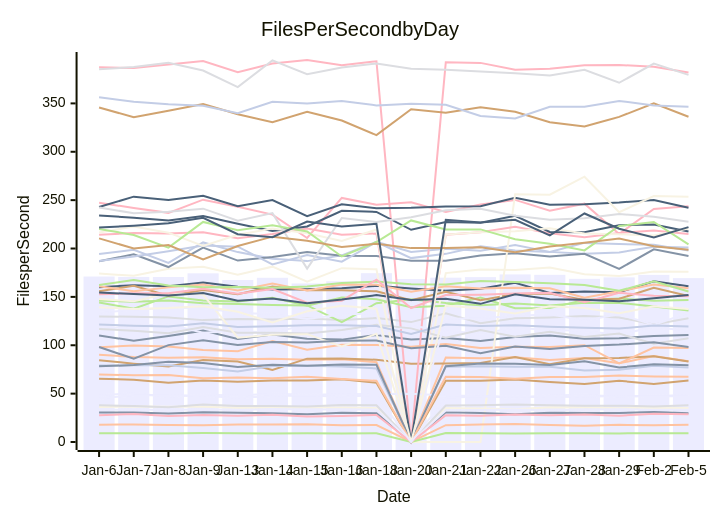
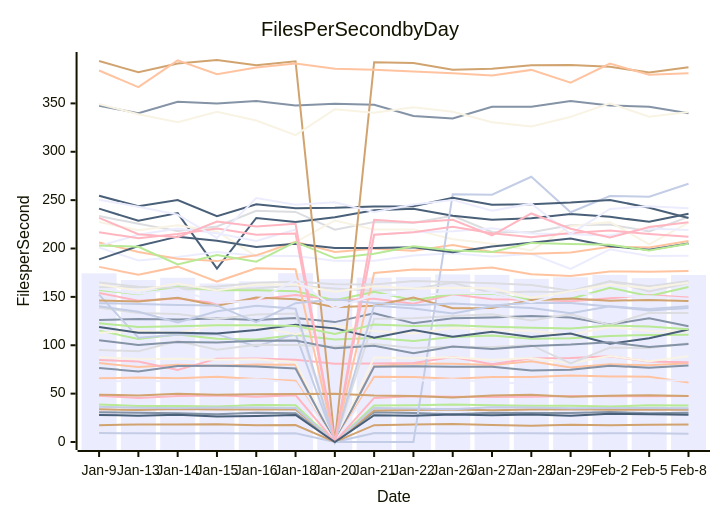
One commit to streetsidesoftware/cspell changed the diagram in perf-report.md. Above: the diagram before and after it, drawn with Mermaid. The commit also changed other lines of this file and 1 other file, not shown here.

````diff
--- a/perf-report.md
+++ b/perf-report.md
@@ -10,57 +10,57 @@
 ```mermaid
 xychart-beta
     title Files Per Second by Day
     y-axis Files per Second
-    x-axis Date [Jan-6, Jan-7, Jan-8, Jan-9, Jan-13, Jan-14, Jan-15, Jan-16, Jan-18, Jan-20, Jan-21, Jan-22, Jan-26, Jan-27, Jan-28, Jan-29, Feb-2, Feb-5]
-    bar [171.06, 170.63, 170.60, 174.36, 167.48, 169.75, 163.88, 166.13, 174.50, 168.43, 169.86, 170.44, 173.21, 172.82, 168.69, 170.17, 172.76, 169.39]
-    line [110.16, 104.65, 109.58, 115.11, 106.48, 111.07, 106.70, 105.83, 110.59, 105.90, 107.50, 104.30, 108.52, 110.13, 106.78, 107.20, 109.65, 110.63]
-    line [90.27, 87.90, 87.06, 87.60, 85.54, 86.15, 85.12, 85.43, 82.51, 0.00, 87.43, 86.48, 87.49, 84.71, 86.94, 81.29, 88.85, 83.51]
-    line [129.63, 129.57, 128.75, 125.98, 127.26, 126.67, 127.57, 126.01, 128.09, 123.93, 133.11, 122.76, 127.88, 128.69, 130.23, 128.77, 121.54, 127.82]
-    line [146.19, 145.02, 146.18, 143.49, 142.76, 141.64, 141.15, 123.99, 143.49, 147.59, 143.59, 141.42, 143.21, 141.20, 143.98, 143.78, 140.14, 135.87]
-    line [84.54, 80.98, 78.06, 84.72, 83.13, 74.36, 86.16, 86.38, 84.98, 80.87, 81.08, 81.74, 87.91, 80.34, 86.50, 86.84, 88.66, 83.22]
-    line [194.45, 198.60, 185.12, 206.27, 196.30, 189.40, 186.97, 192.92, 206.92, 196.43, 199.84, 197.78, 203.69, 196.52, 194.52, 195.98, 201.87, 201.12]
-    line [387.31, 386.47, 390.16, 393.74, 382.18, 391.17, 394.86, 389.55, 393.53, 0.00, 392.61, 391.87, 384.72, 385.87, 389.43, 389.76, 387.86, 381.95]
-    line [160.02, 162.06, 161.10, 164.91, 160.36, 157.59, 157.97, 159.04, 161.40, 158.69, 156.26, 158.43, 164.60, 154.09, 155.59, 154.71, 166.16, 160.94]
-    line [174.22, 171.75, 179.11, 181.04, 172.87, 181.24, 165.83, 179.67, 178.49, 0.00, 174.64, 178.29, 177.69, 180.46, 173.36, 171.47, 176.27, 176.08]
-    line [116.53, 120.08, 121.77, 112.94, 114.87, 112.73, 121.37, 119.21, 111.41, 120.28, 114.69, 112.28, 117.78, 116.14, 114.78, 110.96, 118.96, 114.84]
-    line [186.85, 193.93, 180.85, 201.04, 187.54, 191.28, 196.46, 192.64, 192.25, 187.45, 187.38, 192.87, 195.04, 191.69, 194.48, 178.97, 199.11, 192.32]
-    line [97.96, 99.84, 98.62, 95.10, 93.83, 104.36, 95.41, 100.49, 100.17, 98.43, 101.26, 97.05, 98.45, 98.30, 100.11, 81.16, 97.62, 97.16]
-    line [116.74, 115.06, 112.51, 118.83, 112.95, 112.89, 112.17, 115.75, 121.13, 117.45, 107.89, 115.63, 108.80, 113.98, 108.63, 112.03, 101.57, 107.21]
-    line [144.14, 137.83, 150.50, 146.15, 145.30, 149.05, 140.78, 149.26, 147.65, 139.36, 140.95, 149.41, 138.21, 138.55, 146.90, 148.25, 146.04, 146.87]
-    line [155.94, 161.49, 151.30, 157.09, 152.68, 160.69, 156.79, 156.81, 155.73, 146.52, 155.23, 146.60, 152.95, 153.44, 146.68, 148.04, 159.34, 150.93]
-    line [186.99, 191.85, 197.16, 203.10, 201.84, 183.49, 193.18, 186.41, 206.76, 190.09, 194.48, 202.39, 197.93, 196.32, 205.82, 204.70, 203.85, 198.04]
-    line [247.35, 241.85, 236.85, 250.47, 243.18, 235.07, 210.91, 252.26, 245.25, 247.79, 237.71, 245.48, 250.24, 239.03, 246.34, 215.04, 240.95, 243.60]
-    line [242.84, 253.62, 250.11, 254.55, 243.64, 250.04, 233.42, 245.62, 241.64, 242.10, 243.52, 243.78, 252.46, 245.33, 245.88, 247.56, 250.17, 242.23]
-    line [147.86, 145.38, 153.63, 152.37, 107.78, 110.93, 111.50, 98.69, 111.74, 0.00, 0.00, 0.00, 256.11, 255.68, 274.20, 237.51, 254.20, 253.57]
-    line [48.16, 50.54, 46.59, 48.81, 48.15, 49.96, 48.86, 49.35, 49.61, 49.98, 48.14, 47.57, 46.02, 47.96, 48.80, 46.78, 47.79, 48.42]
-    line [98.16, 86.10, 100.14, 105.08, 100.22, 103.42, 102.77, 104.55, 104.84, 96.90, 99.42, 91.88, 98.65, 96.11, 99.25, 100.66, 103.18, 98.24]
-    line [160.97, 155.89, 159.83, 162.81, 156.59, 163.92, 156.50, 162.70, 162.52, 155.39, 161.05, 158.62, 159.47, 158.84, 149.03, 155.81, 162.82, 158.93]
-    line [385.25, 387.67, 392.05, 384.01, 366.78, 394.48, 380.24, 387.08, 391.19, 385.76, 384.74, 382.99, 381.11, 378.87, 384.64, 371.32, 391.09, 379.53]
-    line [162.35, 167.49, 161.75, 159.91, 160.33, 159.51, 160.62, 164.27, 165.83, 163.17, 162.82, 166.39, 165.48, 164.06, 162.34, 156.27, 166.07, 155.61]
-    line [345.83, 335.66, 342.43, 349.42, 338.80, 330.51, 341.37, 332.29, 317.17, 344.00, 340.27, 346.07, 341.26, 330.59, 326.24, 336.05, 350.02, 336.18]
-    line [356.35, 351.62, 349.11, 347.65, 339.94, 351.75, 349.84, 352.46, 347.95, 349.61, 348.67, 336.98, 334.45, 346.57, 346.60, 352.58, 347.78, 346.57]
-    line [152.61, 153.69, 153.81, 158.28, 153.24, 158.05, 143.97, 146.11, 167.84, 138.47, 151.83, 152.31, 153.48, 154.19, 144.39, 154.19, 151.10, 150.58]
-    line [154.41, 153.05, 151.33, 153.98, 146.13, 148.32, 143.55, 147.19, 151.83, 146.83, 148.17, 142.81, 152.72, 147.54, 147.09, 145.41, 148.70, 151.93]
-    line [36.07, 36.65, 36.34, 36.49, 35.46, 35.24, 35.59, 35.58, 35.07, 0.00, 35.24, 34.68, 33.94, 35.92, 35.70, 34.97, 35.24, 35.24]
-    line [133.47, 136.71, 138.45, 138.88, 133.26, 132.31, 127.23, 131.76, 132.93, 0.00, 127.27, 127.81, 130.32, 132.03, 125.54, 132.09, 121.09, 133.64]
-    line [30.58, 30.44, 29.43, 30.82, 30.13, 29.74, 28.69, 30.19, 29.74, 0.00, 30.87, 30.00, 28.70, 30.12, 29.90, 29.99, 31.08, 29.80]
-    line [17.89, 18.19, 17.48, 17.44, 18.04, 18.04, 18.22, 17.23, 17.55, 0.00, 17.39, 18.17, 18.55, 17.57, 16.82, 17.76, 17.39, 17.79]
-    line [38.02, 37.20, 35.97, 38.77, 37.19, 37.15, 36.65, 38.13, 37.95, 0.00, 37.76, 37.89, 38.81, 37.93, 37.35, 37.58, 36.65, 37.87]
-    line [9.12, 9.14, 8.90, 9.21, 9.09, 8.82, 8.93, 8.76, 8.99, 0.00, 9.21, 8.99, 8.69, 9.06, 9.17, 8.90, 9.14, 9.10]
-    line [65.47, 64.47, 61.13, 63.67, 62.15, 63.63, 63.52, 64.93, 61.26, 0.00, 63.19, 63.24, 64.72, 62.00, 60.00, 63.28, 59.94, 63.60]
-    line [79.03, 79.23, 79.24, 76.50, 72.97, 78.65, 78.72, 77.98, 76.03, 0.00, 77.82, 78.41, 77.74, 77.78, 73.82, 74.60, 78.73, 76.88]
-    line [214.16, 216.11, 215.58, 216.92, 210.61, 215.07, 220.69, 214.26, 215.48, 0.00, 214.23, 216.83, 222.41, 215.81, 211.64, 216.10, 218.52, 215.06]
-    line [234.01, 231.87, 229.00, 233.60, 225.53, 218.14, 222.73, 239.07, 237.86, 219.38, 227.33, 226.70, 233.87, 217.12, 216.93, 224.01, 224.86, 217.64]
-    line [216.47, 222.63, 216.37, 202.60, 214.18, 220.74, 215.80, 207.87, 219.52, 0.00, 214.36, 216.75, 217.84, 220.87, 215.44, 214.77, 213.40, 220.70]
-    line [33.41, 33.47, 33.19, 33.82, 33.01, 34.00, 33.70, 33.67, 33.62, 0.00, 32.53, 32.97, 33.70, 32.82, 33.62, 33.93, 33.23, 33.25]
-    line [78.20, 79.53, 83.01, 81.62, 77.54, 79.76, 78.94, 80.05, 79.79, 0.00, 78.41, 81.03, 80.80, 79.69, 83.58, 77.01, 80.34, 79.32]
-    line [69.77, 69.09, 69.36, 65.84, 66.66, 65.78, 67.40, 65.04, 63.23, 0.00, 67.48, 67.27, 65.41, 67.07, 67.22, 68.71, 67.83, 67.42]
-    line [242.35, 236.52, 238.12, 241.19, 228.64, 236.61, 179.24, 231.58, 227.41, 232.25, 239.53, 241.09, 233.83, 229.73, 231.27, 235.75, 232.76, 227.56]
-    line [220.18, 213.99, 200.90, 227.46, 218.81, 223.94, 217.59, 191.78, 206.70, 229.01, 219.68, 219.77, 209.49, 204.94, 198.04, 223.32, 227.45, 204.37]
-    line [210.48, 200.08, 203.53, 188.73, 202.65, 212.27, 207.96, 201.68, 204.97, 200.41, 200.50, 201.35, 196.11, 202.03, 205.84, 210.33, 202.30, 198.84]
-    line [121.36, 120.04, 119.36, 122.67, 118.82, 119.70, 120.72, 120.60, 119.83, 111.61, 121.49, 119.94, 120.57, 119.01, 117.99, 117.30, 120.43, 119.43]
-    line [27.76, 28.93, 26.82, 27.98, 27.25, 28.25, 26.29, 26.94, 27.92, 0.00, 27.74, 27.10, 28.41, 27.77, 28.43, 27.26, 29.20, 28.78]
-    line [221.68, 223.62, 226.04, 231.74, 214.77, 211.68, 227.93, 222.84, 225.57, 0.00, 229.76, 226.99, 229.64, 213.50, 236.23, 220.41, 211.45, 222.13]
-    line [139.31, 137.59, 138.48, 140.31, 134.58, 123.64, 135.23, 140.79, 137.86, 0.00, 141.02, 138.02, 132.73, 140.24, 138.48, 133.03, 140.20, 137.55]
-    line [44.97, 48.20, 48.28, 47.88, 45.48, 47.52, 48.15, 46.82, 48.44, 0.00, 45.59, 47.24, 46.87, 46.43, 46.80, 47.45, 47.29, 47.35]
+    x-axis Date [Jan-9, Jan-13, Jan-14, Jan-15, Jan-16, Jan-18, Jan-20, Jan-21, Jan-22, Jan-26, Jan-27, Jan-28, Jan-29, Feb-2, Feb-5, Feb-8]
+    bar [174.36, 167.48, 169.75, 163.88, 166.13, 174.50, 168.43, 169.86, 170.44, 173.21, 172.82, 168.69, 170.17, 172.76, 169.39, 172.60]
+    line [30.82, 30.13, 29.74, 28.69, 30.19, 29.74, 0.00, 30.87, 30.00, 28.70, 30.12, 29.90, 29.99, 31.08, 29.80, 30.12]
+    line [81.62, 77.54, 79.76, 78.94, 80.05, 79.79, 0.00, 78.41, 81.03, 80.80, 79.69, 83.58, 77.01, 80.34, 79.32, 81.43]
+    line [233.60, 225.53, 218.14, 222.73, 239.07, 237.86, 219.38, 227.33, 226.70, 233.87, 217.12, 216.93, 224.01, 224.86, 217.64, 232.72]
+    line [115.11, 106.48, 111.07, 106.70, 105.83, 110.59, 105.90, 107.50, 104.30, 108.52, 110.13, 106.78, 107.20, 109.65, 110.63, 110.95]
+    line [33.82, 33.01, 34.00, 33.70, 33.67, 33.62, 0.00, 32.53, 32.97, 33.70, 32.82, 33.62, 33.93, 33.23, 33.25, 33.41]
+    line [9.21, 9.09, 8.82, 8.93, 8.76, 8.99, 0.00, 9.21, 8.99, 8.69, 9.06, 9.17, 8.90, 9.14, 9.10, 8.44]
+    line [84.72, 83.13, 74.36, 86.16, 86.38, 84.98, 80.87, 81.08, 81.74, 87.91, 80.34, 86.50, 86.84, 88.66, 83.22, 82.31]
+    line [241.19, 228.64, 236.61, 179.24, 231.58, 227.41, 232.25, 239.53, 241.09, 233.83, 229.73, 231.27, 235.75, 232.76, 227.56, 236.00]
+    line [227.46, 218.81, 223.94, 217.59, 191.78, 206.70, 229.01, 219.68, 219.77, 209.49, 204.94, 198.04, 223.32, 227.45, 204.37, 226.67]
+    line [201.04, 187.54, 191.28, 196.46, 192.64, 192.25, 187.45, 187.38, 192.87, 195.04, 191.69, 194.48, 178.97, 199.11, 192.32, 192.64]
+    line [125.98, 127.26, 126.67, 127.57, 126.01, 128.09, 123.93, 133.11, 122.76, 127.88, 128.69, 130.23, 128.77, 121.54, 127.82, 119.54]
+    line [206.27, 196.30, 189.40, 186.97, 192.92, 206.92, 196.43, 199.84, 197.78, 203.69, 196.52, 194.52, 195.98, 201.87, 201.12, 207.72]
+    line [138.88, 133.26, 132.31, 127.23, 131.76, 132.93, 0.00, 127.27, 127.81, 130.32, 132.03, 125.54, 132.09, 121.09, 133.64, 133.25]
+    line [38.77, 37.19, 37.15, 36.65, 38.13, 37.95, 0.00, 37.76, 37.89, 38.81, 37.93, 37.35, 37.58, 36.65, 37.87, 37.82]
+    line [17.44, 18.04, 18.04, 18.22, 17.23, 17.55, 0.00, 17.39, 18.17, 18.55, 17.57, 16.82, 17.76, 17.39, 17.79, 18.09]
+    line [152.37, 107.78, 110.93, 111.50, 98.69, 111.74, 0.00, 0.00, 0.00, 256.11, 255.68, 274.20, 237.51, 254.20, 253.57, 266.91]
+    line [153.98, 146.13, 148.32, 143.55, 147.19, 151.83, 146.83, 148.17, 142.81, 152.72, 147.54, 147.09, 145.41, 148.70, 151.93, 149.30]
+    line [188.73, 202.65, 212.27, 207.96, 201.68, 204.97, 200.41, 200.50, 201.35, 196.11, 202.03, 205.84, 210.33, 202.30, 198.84, 205.29]
+    line [87.60, 85.54, 86.15, 85.12, 85.43, 82.51, 0.00, 87.43, 86.48, 87.49, 84.71, 86.94, 81.29, 88.85, 83.51, 88.69]
+    line [202.60, 214.18, 220.74, 215.80, 207.87, 219.52, 0.00, 214.36, 216.75, 217.84, 220.87, 215.44, 214.77, 213.40, 220.70, 219.20]
+    line [76.50, 72.97, 78.65, 78.72, 77.98, 76.03, 0.00, 77.82, 78.41, 77.74, 77.78, 73.82, 74.60, 78.73, 76.88, 78.95]
+    line [65.84, 66.66, 65.78, 67.40, 65.04, 63.23, 0.00, 67.48, 67.27, 65.41, 67.07, 67.22, 68.71, 67.83, 67.42, 61.62]
+    line [164.91, 160.36, 157.59, 157.97, 159.04, 161.40, 158.69, 156.26, 158.43, 164.60, 154.09, 155.59, 154.71, 166.16, 160.94, 166.38]
+    line [157.09, 152.68, 160.69, 156.79, 156.81, 155.73, 146.52, 155.23, 146.60, 152.95, 153.44, 146.68, 148.04, 159.34, 150.93, 160.17]
+    line [146.15, 145.30, 149.05, 140.78, 149.26, 147.65, 139.36, 140.95, 149.41, 138.21, 138.55, 146.90, 148.25, 146.04, 146.87, 145.80]
+    line [36.49, 35.46, 35.24, 35.59, 35.58, 35.07, 0.00, 35.24, 34.68, 33.94, 35.92, 35.70, 34.97, 35.24, 35.24, 34.97]
+    line [216.92, 210.61, 215.07, 220.69, 214.26, 215.48, 0.00, 214.23, 216.83, 222.41, 215.81, 211.64, 216.10, 218.52, 215.06, 212.11]
+    line [254.55, 243.64, 250.04, 233.42, 245.62, 241.64, 242.10, 243.52, 243.78, 252.46, 245.33, 245.88, 247.56, 250.17, 242.23, 231.56]
+    line [112.94, 114.87, 112.73, 121.37, 119.21, 111.41, 120.28, 114.69, 112.28, 117.78, 116.14, 114.78, 110.96, 118.96, 114.84, 114.29]
+    line [63.67, 62.15, 63.63, 63.52, 64.93, 61.26, 0.00, 63.19, 63.24, 64.72, 62.00, 60.00, 63.28, 59.94, 63.60, 63.80]
+    line [347.65, 339.94, 351.75, 349.84, 352.46, 347.95, 349.61, 348.67, 336.98, 334.45, 346.57, 346.60, 352.58, 347.78, 346.57, 339.76]
+    line [181.04, 172.87, 181.24, 165.83, 179.67, 178.49, 0.00, 174.64, 178.29, 177.69, 180.46, 173.36, 171.47, 176.27, 176.08, 176.70]
+    line [95.10, 93.83, 104.36, 95.41, 100.49, 100.17, 98.43, 101.26, 97.05, 98.45, 98.30, 100.11, 81.16, 97.62, 97.16, 102.18]
+    line [203.10, 201.84, 183.49, 193.18, 186.41, 206.76, 190.09, 194.48, 202.39, 197.93, 196.32, 205.82, 204.70, 203.85, 198.04, 204.95]
+    line [393.74, 382.18, 391.17, 394.86, 389.55, 393.53, 0.00, 392.61, 391.87, 384.72, 385.87, 389.43, 389.76, 387.86, 381.95, 387.39]
+    line [143.49, 142.76, 141.64, 141.15, 123.99, 143.49, 147.59, 143.59, 141.42, 143.21, 141.20, 143.98, 143.78, 140.14, 135.87, 138.56]
+    line [47.88, 45.48, 47.52, 48.15, 46.82, 48.44, 0.00, 45.59, 47.24, 46.87, 46.43, 46.80, 47.45, 47.29, 47.35, 47.63]
+    line [118.83, 112.95, 112.89, 112.17, 115.75, 121.13, 117.45, 107.89, 115.63, 108.80, 113.98, 108.63, 112.03, 101.57, 107.21, 116.23]
+    line [349.42, 338.80, 330.51, 341.37, 332.29, 317.17, 344.00, 340.27, 346.07, 341.26, 330.59, 326.24, 336.05, 350.02, 336.18, 341.14]
+    line [250.47, 243.18, 235.07, 210.91, 252.26, 245.25, 247.79, 237.71, 245.48, 250.24, 239.03, 246.34, 215.04, 240.95, 243.60, 241.59]
+    line [105.08, 100.22, 103.42, 102.77, 104.55, 104.84, 96.90, 99.42, 91.88, 98.65, 96.11, 99.25, 100.66, 103.18, 98.24, 101.29]
+    line [384.01, 366.78, 394.48, 380.24, 387.08, 391.19, 385.76, 384.74, 382.99, 381.11, 378.87, 384.64, 371.32, 391.09, 379.53, 381.07]
+    line [159.91, 160.33, 159.51, 160.62, 164.27, 165.83, 163.17, 162.82, 166.39, 165.48, 164.06, 162.34, 156.27, 166.07, 155.61, 164.31]
+    line [122.67, 118.82, 119.70, 120.72, 120.60, 119.83, 111.61, 121.49, 119.94, 120.57, 119.01, 117.99, 117.30, 120.43, 119.43, 116.51]
+    line [48.81, 48.15, 49.96, 48.86, 49.35, 49.61, 49.98, 48.14, 47.57, 46.02, 47.96, 48.80, 46.78, 47.79, 48.42, 47.51]
+    line [140.31, 134.58, 123.64, 135.23, 140.79, 137.86, 0.00, 141.02, 138.02, 132.73, 140.24, 138.48, 133.03, 140.20, 137.55, 140.25]
+    line [231.74, 214.77, 211.68, 227.93, 222.84, 225.57, 0.00, 229.76, 226.99, 229.64, 213.50, 236.23, 220.41, 211.45, 222.13, 227.08]
+    line [27.98, 27.25, 28.25, 26.29, 26.94, 27.92, 0.00, 27.74, 27.10, 28.41, 27.77, 28.43, 27.26, 29.20, 28.78, 28.07]
+    line [162.81, 156.59, 163.92, 156.50, 162.70, 162.52, 155.39, 161.05, 158.62, 159.47, 158.84, 149.03, 155.81, 162.82, 158.93, 164.59]
+    line [158.28, 153.24, 158.05, 143.97, 146.11, 167.84, 138.47, 151.83, 152.31, 153.48, 154.19, 144.39, 154.19, 151.10, 150.58, 147.96]
 ```
````
